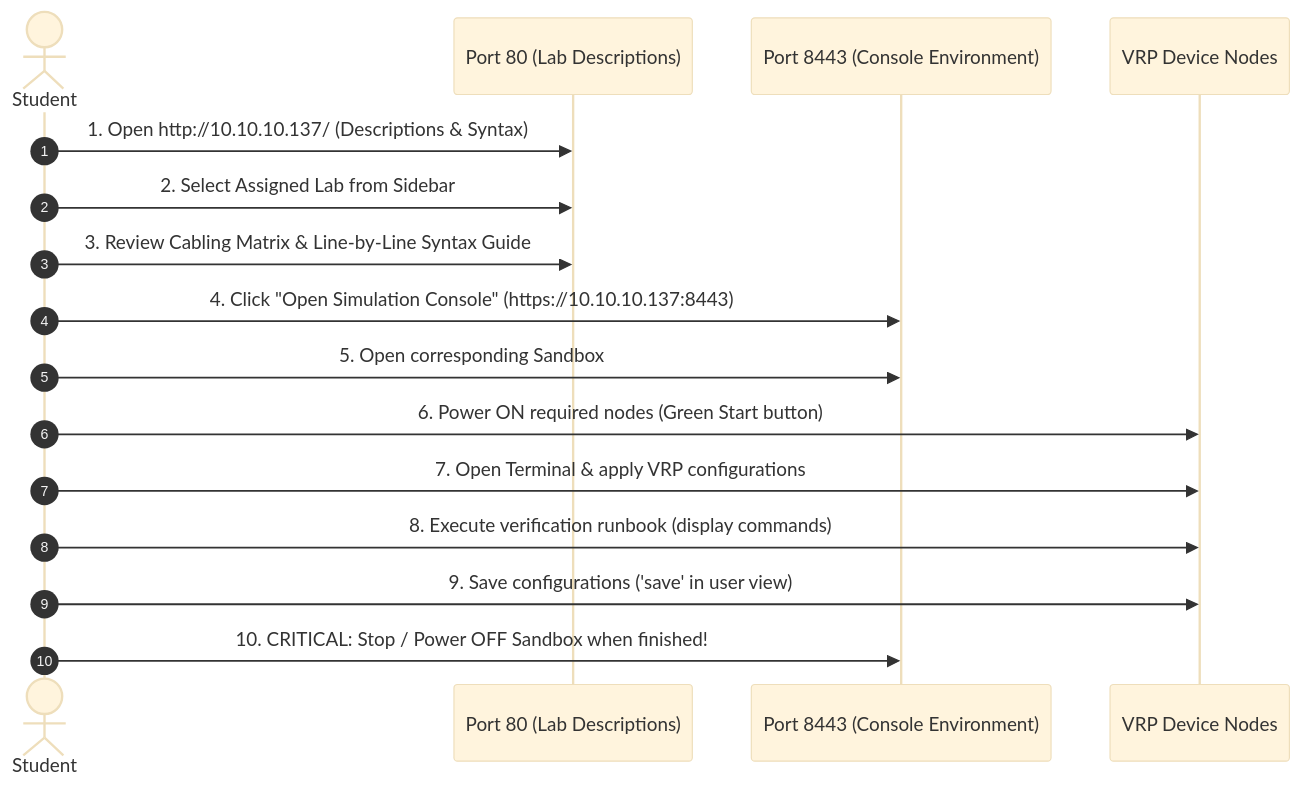
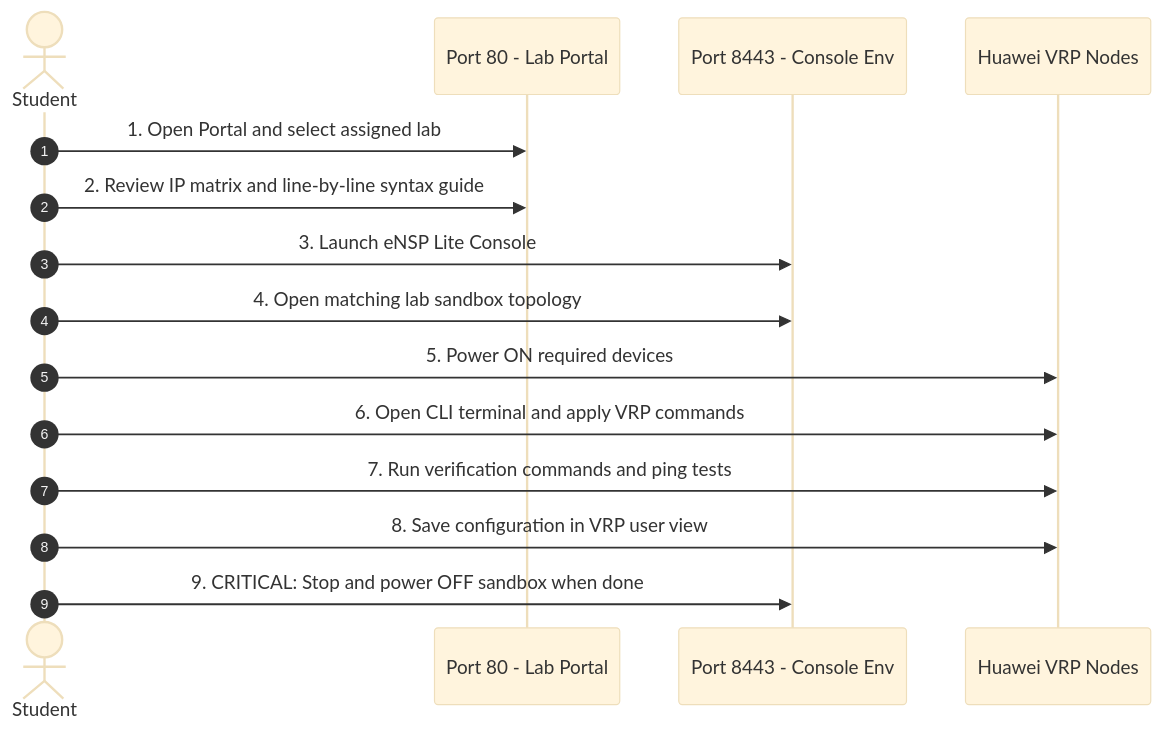
One commit to RaniloJohn/Huawei-ENSP-COESS changed the second of 2 diagrams in README.md. Above: the diagram before and after it, drawn with Mermaid (base theme). The commit also changed other lines of this file and 1 other file, not shown here.

Commit message:
fix: GitHub-compliant Mermaid flowchart and sequence diagram syntax

````diff
--- a/README.md
+++ b/README.md
@@ -120,19 +120,18 @@
 ```mermaid
 sequenceDiagram
     autonumber
-    actor Student
-    participant Portal as Port 80 (Lab Descriptions)
-    participant Console as Port 8443 (Console Environment)
-    participant Node as VRP Device Nodes
+    actor Student as Student
+    participant Portal as Port 80 - Lab Portal
+    participant Console as Port 8443 - Console Env
+    participant Nodes as Huawei VRP Nodes
 
-    Student->>Portal: 1. Open http://10.10.10.137/ (Descriptions & Syntax)
-    Student->>Portal: 2. Select Assigned Lab from Sidebar
-    Student->>Portal: 3. Review Cabling Matrix & Line-by-Line Syntax Guide
-    Student->>Console: 4. Click "Open Simulation Console" (https://10.10.10.137:8443)
-    Student->>Console: 5. Open corresponding Sandbox
-    Student->>Node: 6. Power ON required nodes (Green Start button)
-    Student->>Node: 7. Open Terminal & apply VRP configurations
-    Student->>Node: 8. Execute verification runbook (display commands)
-    Student->>Node: 9. Save configurations ('save' in user view)
-    Student->>Console: 10. CRITICAL: Stop / Power OFF Sandbox when finished!
+    Student->>Portal: 1. Open Portal and select assigned lab
+    Student->>Portal: 2. Review IP matrix and line-by-line syntax guide
+    Student->>Console: 3. Launch eNSP Lite Console
+    Student->>Console: 4. Open matching lab sandbox topology
+    Student->>Nodes: 5. Power ON required devices
+    Student->>Nodes: 6. Open CLI terminal and apply VRP commands
+    Student->>Nodes: 7. Run verification commands and ping tests
+    Student->>Nodes: 8. Save configuration in VRP user view
+    Student->>Console: 9. CRITICAL: Stop and power OFF sandbox when done
 ```
````
